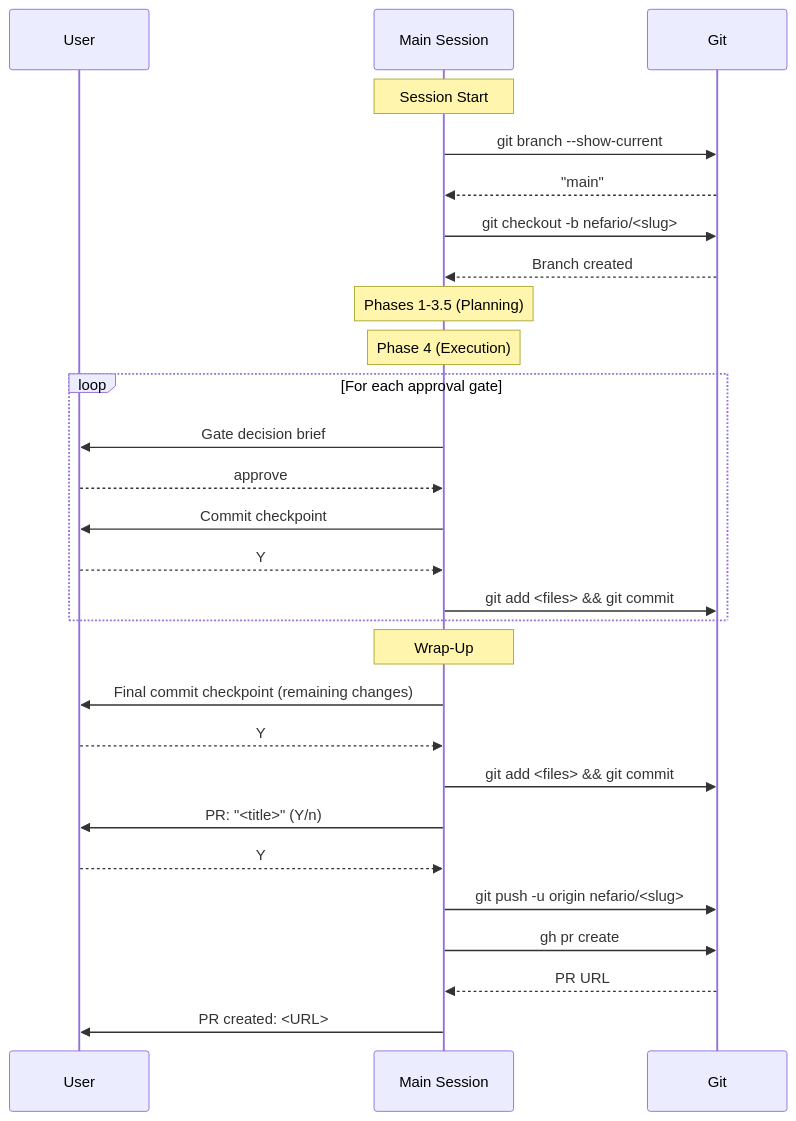
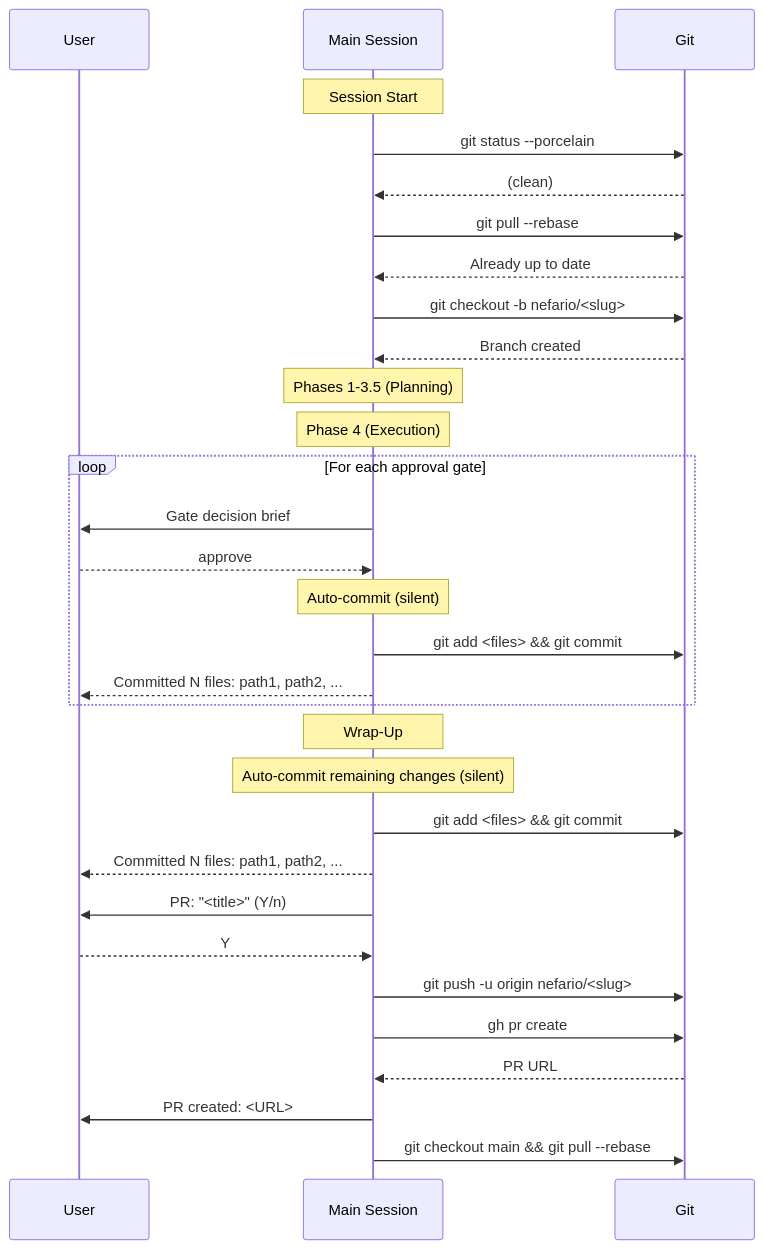
One commit to benpeter/despicable-agents changed the first of 2 diagrams in docs/commit-workflow.md. Above: the diagram before and after it, drawn with Mermaid. The commit also changed other lines of this file and 2 other files, not shown here.

First line of the commit message:
feat(workflow): replace interactive commit checkpoints with silent auto-commits

````diff
--- a/docs/commit-workflow.md
+++ b/docs/commit-workflow.md
@@ -49,35 +59,38 @@
 ```mermaid
 sequenceDiagram
     participant User
     participant Main as Main Session
     participant Git
 
     Note over Main: Session Start
-    Main->>Git: git branch --show-current
-    Git-->>Main: "main"
+    Main->>Git: git status --porcelain
+    Git-->>Main: (clean)
+    Main->>Git: git pull --rebase
+    Git-->>Main: Already up to date
     Main->>Git: git checkout -b nefario/<slug>
     Git-->>Main: Branch created
 
     Note over Main: Phases 1-3.5 (Planning)
     Note over Main: Phase 4 (Execution)
 
     loop For each approval gate
         Main->>User: Gate decision brief
         User-->>Main: approve
-        Main->>User: Commit checkpoint
-        User-->>Main: Y
+        Note over Main: Auto-commit (silent)
         Main->>Git: git add <files> && git commit
+        Main-->>User: Committed N files: path1, path2, ...
     end
 
     Note over Main: Wrap-Up
-    Main->>User: Final commit checkpoint (remaining changes)
-    User-->>Main: Y
+    Note over Main: Auto-commit remaining changes (silent)
     Main->>Git: git add <files> && git commit
+    Main-->>User: Committed N files: path1, path2, ...
 
     Main->>User: PR: "<title>" (Y/n)
     User-->>Main: Y
     Main->>Git: git push -u origin nefario/<slug>
     Main->>Git: gh pr create
     Git-->>Main: PR URL
     Main->>User: PR created: <URL>
+    Main->>Git: git checkout main && git pull --rebase
 ```
````
